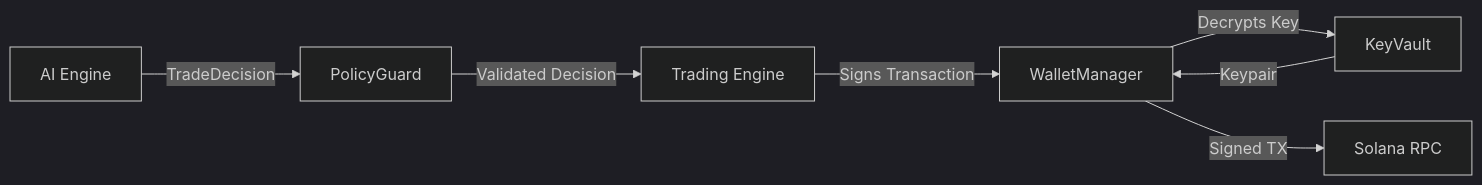
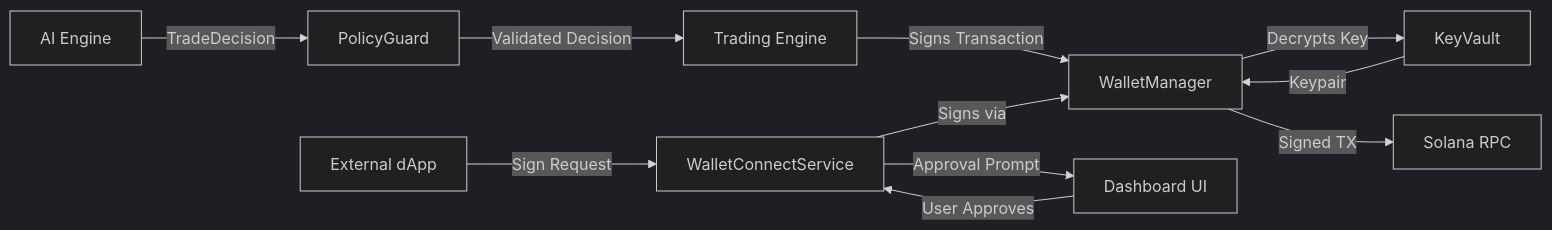
The second of 8 diagrams in DEEP_DIVE.md (thetruesammyjay/bridle), drawn with Mermaid (dark theme) before and after one commit. The commit also changed other lines of this file and 2 other files, not shown here.

Commit message:
docs: update SKILLS.md, DEEP_DIVE.md, README.md with WalletConnect dApp Connector feature and updated Mermaid diagrams

````diff
--- a/DEEP_DIVE.md
+++ b/DEEP_DIVE.md
@@ -142,9 +143,14 @@
 ```mermaid
 flowchart LR
     AI["AI Engine"] -->|"TradeDecision"| PG["PolicyGuard"]
     PG -->|"Validated Decision"| TE["Trading Engine"]
     TE -->|"Signs Transaction"| WM["WalletManager"]
     WM -->|"Decrypts Key"| KV["KeyVault"]
     KV -->|"Keypair"| WM
     WM -->|"Signed TX"| SOL["Solana RPC"]
+
+    DAPP["External dApp"] -->|"Sign Request"| WCS["WalletConnectService"]
+    WCS -->|"Approval Prompt"| DASH["Dashboard UI"]
+    DASH -->|"User Approves"| WCS
+    WCS -->|"Signs via"| WM
 ```
````
